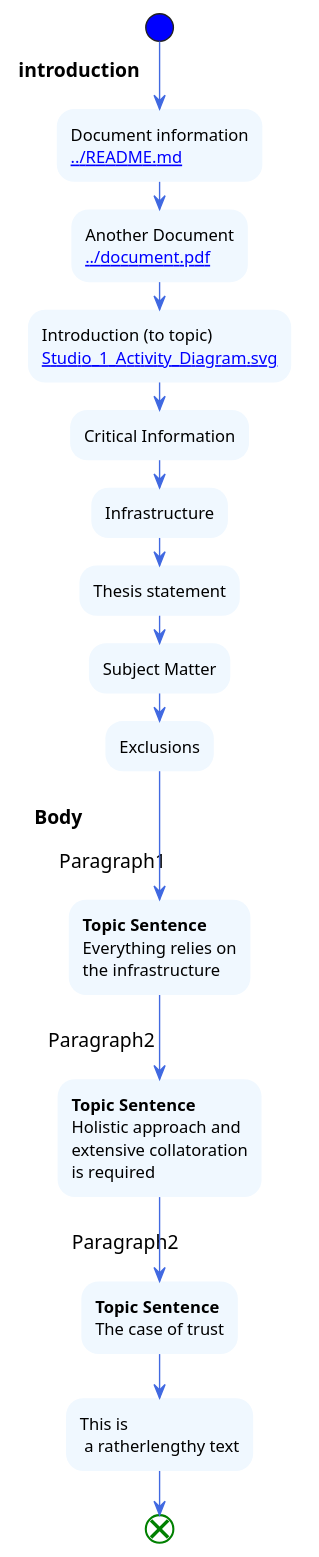
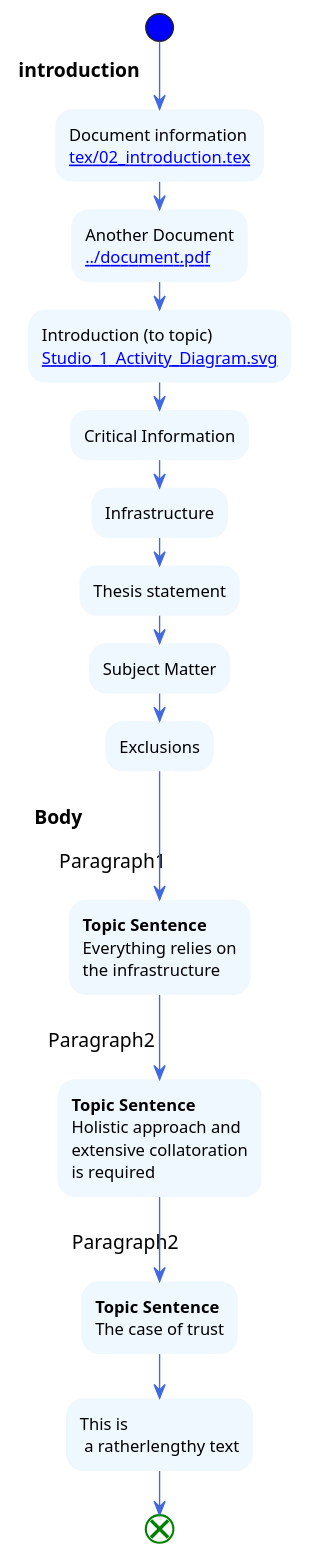
One commit to Dale-NUC/Studio1_Analysis changed the first of 3 diagrams in tex/uml/CII.plantuml. Above: the diagram before and after it, drawn with PlantUML. The commit also changed 14 other files, not shown here.

```diff
--- a/tex/uml/CII.plantuml
+++ b/tex/uml/CII.plantuml
@@ -1,53 +1,53 @@
 @startuml Studio_1_Activity_Diagram
 
 skinparam ActivityFontColor automatic
 skinparam ActivityBackgroundColor #AliceBlue
 skinparam ActivityBorderColor #transparent
 skinparam ActivityStartColor #Blue
 skinparam ActivityEndColor #Green
 skinparam PartitionBorderColor #white
 skinparam ArrowColor #RoyalBlue
 
 start
 
 partition **introduction** {
     :Document information
-    [[../README.md]];
+    [[tex/02_introduction.tex]];
     :Another Document
     [[../document.pdf]];
     :Introduction (to topic)
     [[Studio_1_Activity_Diagram.svg]];
     :Critical Information;
     :Infrastructure;
     :Thesis statement;
     :Subject Matter;
     :Exclusions;
 }
 
 partition **Body** {
     partition Paragraph1 {
         :**Topic Sentence**
         Everything relies on
         the infrastructure;
 
     }
     
     partition Paragraph2 {
         :**Topic Sentence**
         Holistic approach and
         extensive collatoration
         is required;
     }
     
     partition Paragraph2 {
         :**Topic Sentence**
         The case of trust;
     }
     
     :This is
      a ratherlengthy text;
 }
 
 end
 
 @enduml
```
